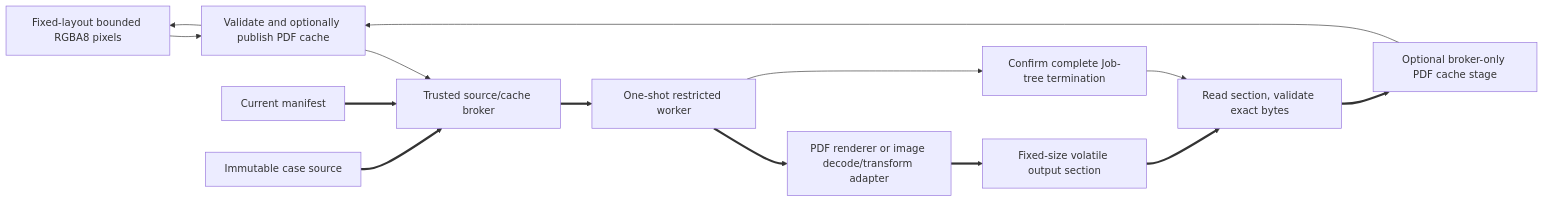
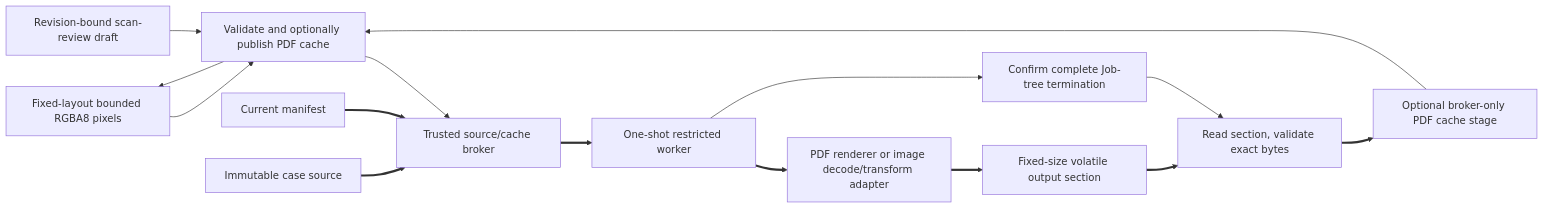
The fifth of 11 diagrams in docs/security/data-flows.md (PikkuJanne/PaperWorkShell), drawn with Mermaid before and after one commit. The commit also changed other lines of this file and 23 other files, not shown here.

Commit message:
PWS-0203 add scan review UI

````diff
--- a/docs/security/data-flows.md
+++ b/docs/security/data-flows.md
@@ -266,16 +266,17 @@
 ```mermaid
 flowchart LR
     UI["UI requests internal page ID"] --> App["Serial mixed-preview service"]
+    Draft["Revision-bound scan-review draft"] --> App
     App --> Broker["Trusted source/cache broker"]
     Manifest["Current manifest"] ==> Broker
     Source["Immutable case source"] ==> Broker
     Broker ==> Worker["One-shot restricted worker"]
     Worker ==> Renderer["PDF renderer or image decode/transform adapter"]
     Renderer ==> Buffer["Fixed-size volatile output section"]
     Worker --> Stop["Confirm complete Job-tree termination"]
     Stop --> Validate["Read section, validate exact bytes"]
     Buffer ==> Validate
     Validate ==> Stage["Optional broker-only PDF cache stage"]
     Stage --> App["Validate and optionally publish PDF cache"]
     App --> UI["Fixed-layout bounded RGBA8 pixels"]
 ```
````
